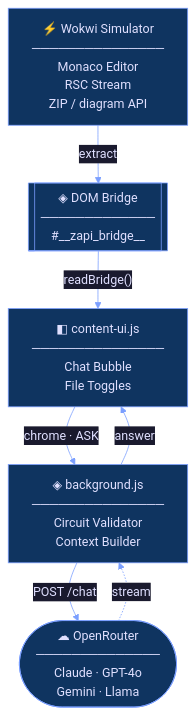
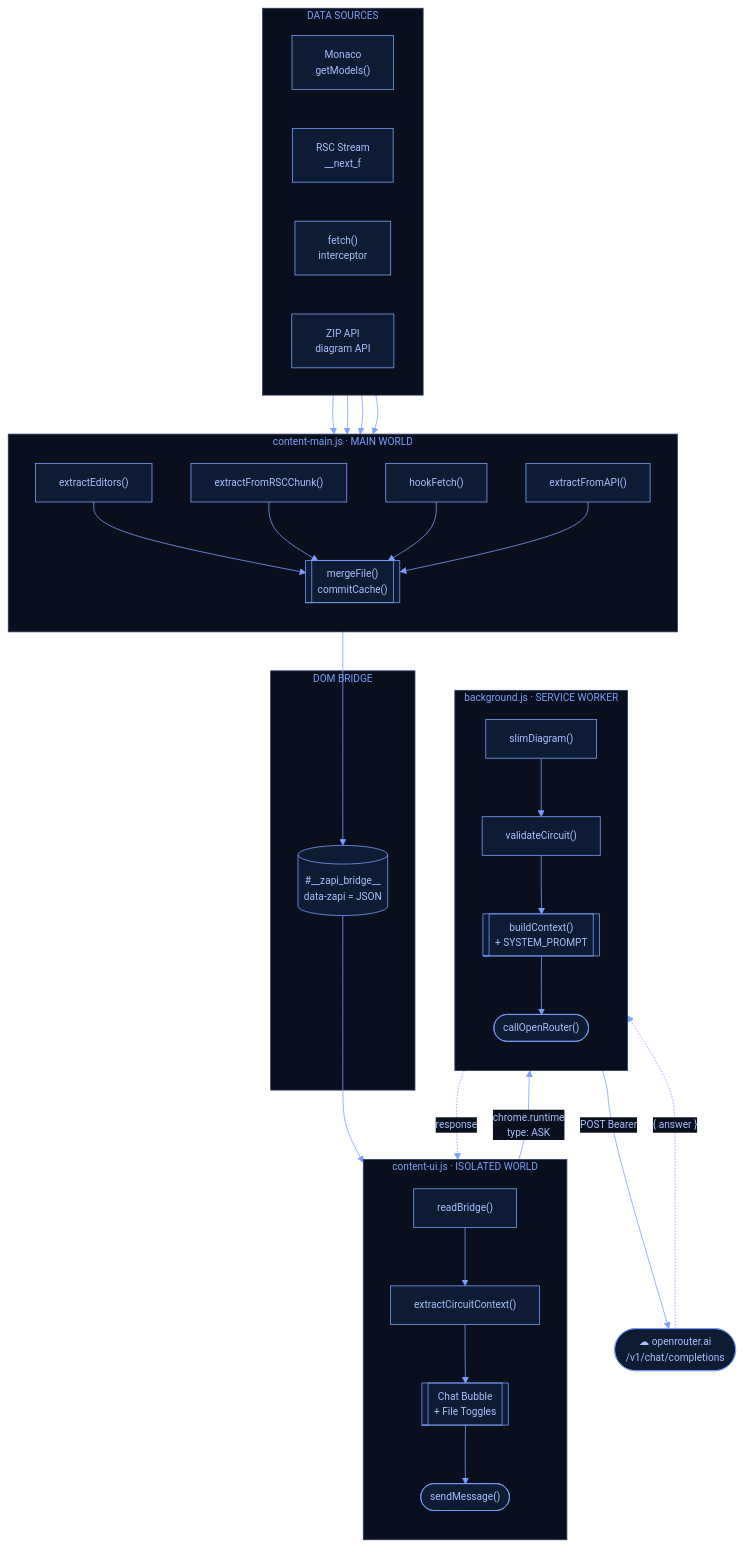
The diagram in README.md (amitnahum18/ZAPI), drawn with Mermaid before and after one commit.

Commit message:
Expand README diagram — full node map with subgraphs per layer

````diff
--- a/README.md
+++ b/README.md
@@ -23,50 +23,71 @@
 ```mermaid
 %%{init: {'theme': 'base', 'themeVariables': {
-  'primaryColor': '#0f3460',
-  'primaryTextColor': '#e0e0ff',
+  'primaryColor': '#0d1b33',
+  'primaryTextColor': '#a8c0ff',
   'primaryBorderColor': '#7b9fff',
   'lineColor': '#7b9fff',
-  'secondaryColor': '#16213e',
-  'tertiaryColor': '#1a1a2e',
-  'background': '#1a1a2e',
-  'mainBkg': '#0f3460',
+  'secondaryColor': '#0f3460',
+  'background': '#0a0f1e',
+  'mainBkg': '#0d1b33',
   'nodeBorder': '#7b9fff',
-  'clusterBkg': '#16213e',
+  'clusterBkg': '#0a0f1e',
+  'clusterBorder': '#2a3a6a',
   'titleColor': '#7b9fff',
-  'edgeLabelBackground': '#1a1a2e',
-  'fontFamily': 'monospace'
+  'edgeLabelBackground': '#0a0f1e',
+  'fontFamily': 'monospace',
+  'fontSize': '13px'
 }}}%%
 
 flowchart TD
-    W["⚡ Wokwi Simulator
-    ───────────────
-    Monaco Editor
-    RSC Stream
-    ZIP / diagram API"]
+    subgraph SRC ["  DATA SOURCES  "]
+        direction LR
+        S1["Monaco\ngetModels()"]
+        S2["RSC Stream\n__next_f"]
+        S3["fetch()\ninterceptor"]
+        S4["ZIP API\ndiagram API"]
+    end
 
-    B[["◈  DOM Bridge
-    ─────────────
-    #__zapi_bridge__"]]
+    subgraph MAIN ["  content-main.js · MAIN WORLD  "]
+        direction TB
+        M1["extractEditors()"]
+        M2["extractFromRSCChunk()"]
+        M3["hookFetch()"]
+        M4["extractFromAPI()"]
+        M5[["mergeFile()\ncommitCache()"]]
+    end
 
-    U["◧  content-ui.js
-    ───────────────
-    Chat Bubble
-    File Toggles"]
+    subgraph BRIDGE ["  DOM BRIDGE  "]
+        BR[("#__zapi_bridge__\ndata-zapi = JSON")]
+    end
 
-    BG["◈  background.js
-    ───────────────
-    Circuit Validator
-    Context Builder"]
+    subgraph ISO ["  content-ui.js · ISOLATED WORLD  "]
+        direction TB
+        U1["readBridge()"]
+        U2["extractCircuitContext()"]
+        U3[["Chat Bubble\n+ File Toggles"]]
+        U4(["sendMessage()"])
+    end
 
-    OR(["☁  OpenRouter
-    ──────────────
-    Claude · GPT-4o
-    Gemini · Llama"])
+    subgraph BG ["  background.js · SERVICE WORKER  "]
+        direction TB
+        B1["slimDiagram()"]
+        B2["validateCircuit()"]
+        B3[["buildContext()\n+ SYSTEM_PROMPT"]]
+        B4(["callOpenRouter()"])
+    end
 
-    W  -->|" extract "| B
-    B  -->|" readBridge() "| U
-    U  -->|" chrome · ASK "| BG
-    BG -->|" answer "| U
-    BG -->|" POST /chat "| OR
-    OR -.->|" stream "| BG
+    OR(["☁  openrouter.ai\n/v1/chat/completions"])
+
+    S1 --> M1
+    S2 --> M2
+    S3 --> M3
+    S4 --> M4
+    M1 & M2 & M3 & M4 --> M5
+    M5 --> BR
+    BR --> U1 --> U2 --> U3 --> U4
+    U4 -->|"chrome.runtime\ntype: ASK"| B1
+    B1 --> B2 --> B3 --> B4
+    B4 -->|"POST Bearer"| OR
+    OR -.->|"{ answer }"| B4
+    B4 -.->|"response"| U3
 ```
````
